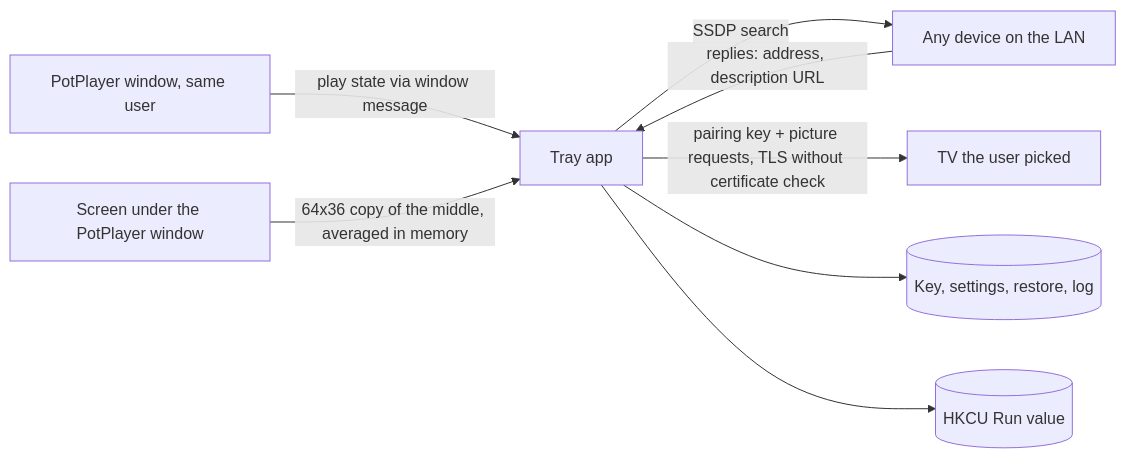
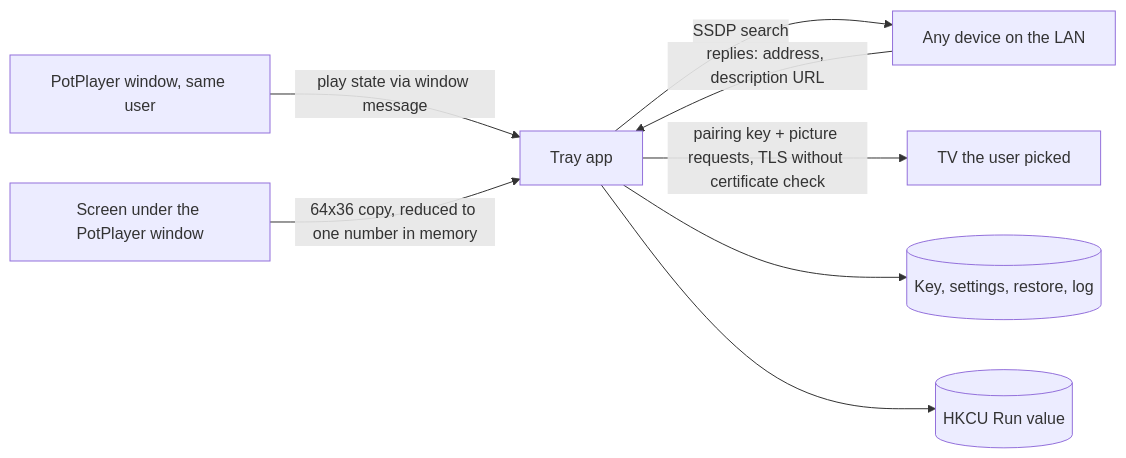
The diagram in docs/security/threat-model.md (roko-tech/potplayer-tv-brightness), drawn with Mermaid before and after one commit. The commit also changed other lines of this file and 10 other files, not shown here.

````diff
--- a/docs/security/threat-model.md
+++ b/docs/security/threat-model.md
@@ -39,10 +39,10 @@
 ```mermaid
 flowchart LR
     PotPlayer[PotPlayer window, same user] -->|play state via window message| App[Tray app]
-    Screen[Screen under the PotPlayer window] -->|64x36 copy of the middle, averaged in memory| App
+    Screen[Screen under the PotPlayer window] -->|64x36 copy, reduced to one number in memory| App
     App -->|SSDP search| LAN[Any device on the LAN]
     LAN -->|replies: address, description URL| App
     App -->|pairing key + picture requests, TLS without certificate check| TV[TV the user picked]
     App --> Files[(Key, settings, restore, log)]
     App --> Run[(HKCU Run value)]
 ```
````
